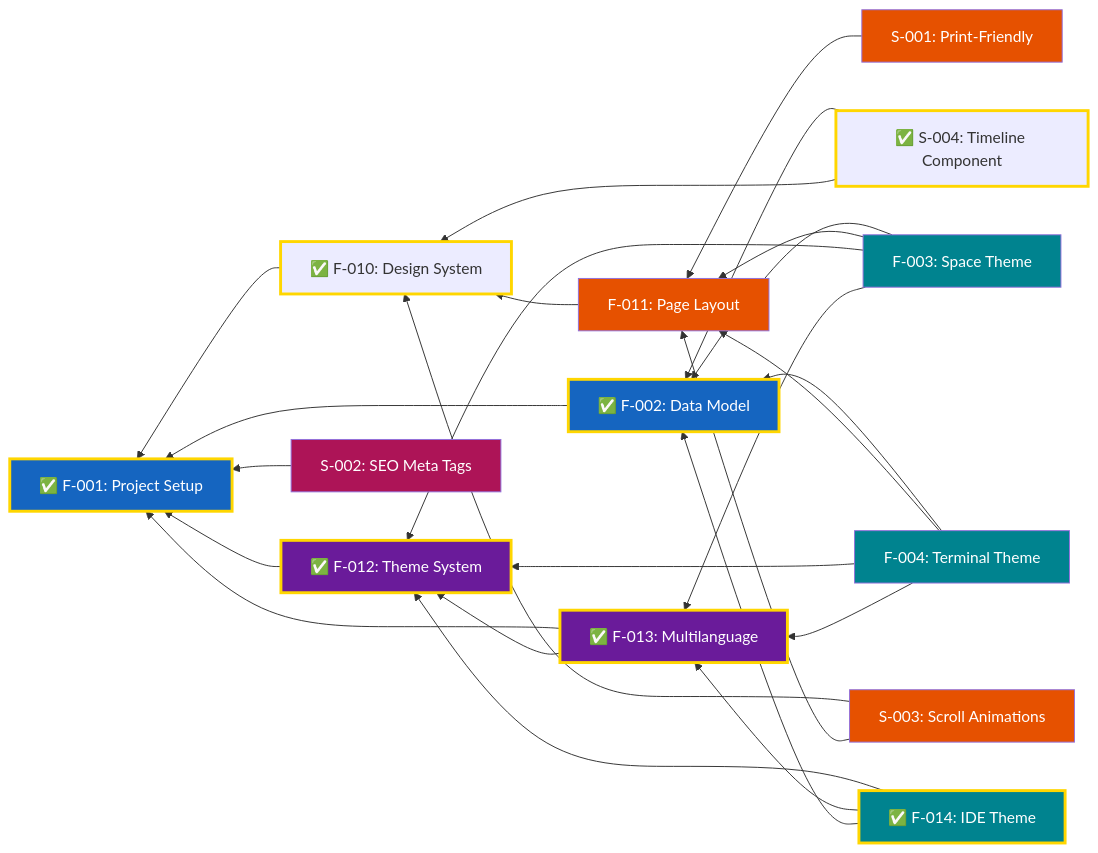
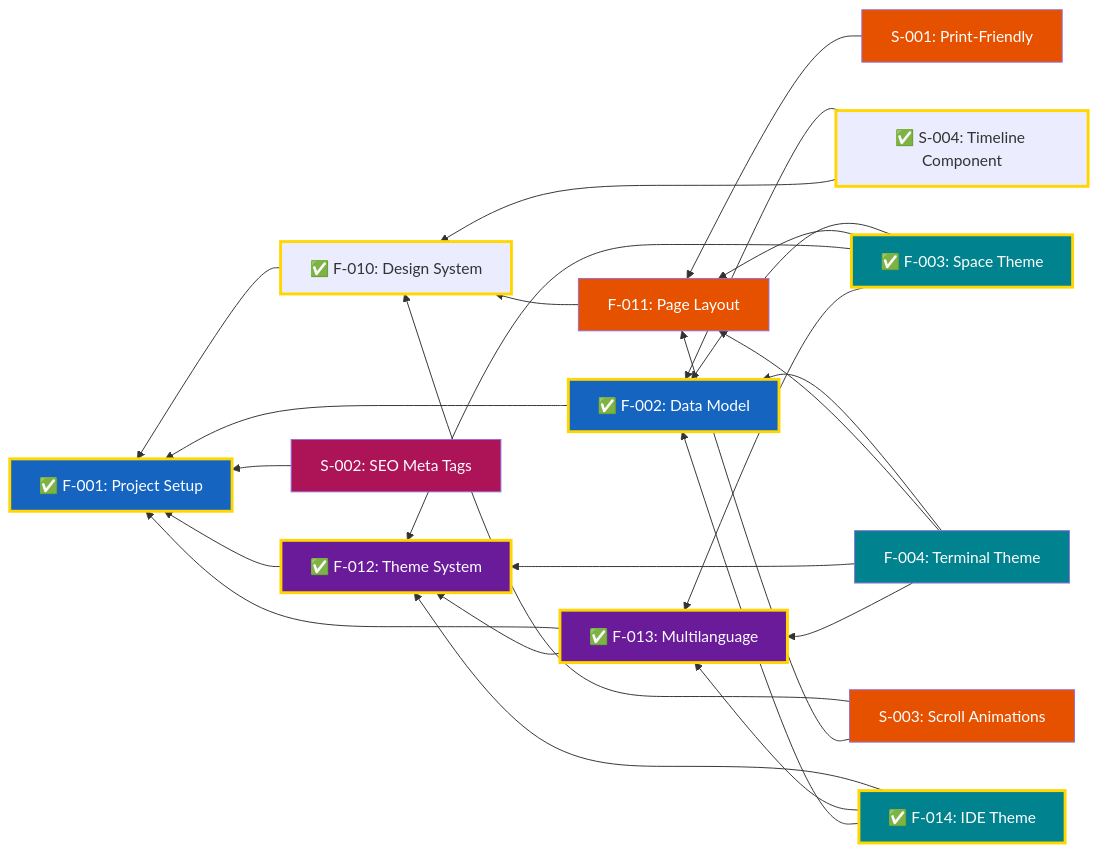
The diagram in docs/Features.md (garcipat/cv-website), drawn with Mermaid before and after one commit. The commit also changed other lines of this file and 18 other files, not shown here.

First line of the commit message:
feat(F-003): implement space theme circle parade

````diff
--- a/docs/Features.md
+++ b/docs/Features.md
@@ -66,60 +66,61 @@
 ```mermaid
 graph RL
     F001["✅ F-001: Project Setup"]
     F002["✅ F-002: Data Model"]
-    F003["F-003: Space Theme"]
+    F003["✅ F-003: Space Theme"]
     F004["F-004: Terminal Theme"]
     F010["✅ F-010: Design System"]
     F011["F-011: Page Layout"]
     F012["✅ F-012: Theme System"]
     F013["✅ F-013: Multilanguage"]
     F014["✅ F-014: IDE Theme"]
     S001["S-001: Print-Friendly"]
     S002["S-002: SEO Meta Tags"]
     S003["S-003: Scroll Animations"]
     S004["✅ S-004: Timeline Component"]
 
     F003 --> F002
     F003 --> F011
     F003 --> F012
     F003 --> F013
     F004 --> F002
     F004 --> F011
     F004 --> F012
     F004 --> F013
     F002 --> F001
     F010 --> F001
     F011 --> F010
     F012 --> F001
     F013 --> F001
     F013 --> F012
     F014 --> F012
     F014 --> F013
     F014 --> F002
     S001 --> F011
     S002 --> F001
     S003 --> F010
     S003 --> F011
     S004 --> F002
     S004 --> F010
 
     classDef done stroke:#FFD600,stroke-width:3px
     classDef projectSetup fill:#1565C0,color:#ffffff
     classDef layoutNavigation fill:#E65100,color:#ffffff
     classDef themeInfrastructure fill:#6A1B9A,color:#ffffff
     classDef themes fill:#00838F,color:#ffffff
     classDef enhancements fill:#AD1457,color:#ffffff
 
     class F001 done
     class F002 done
     class F001,F002 projectSetup
     class F010 done
     class F012 done
     class F013 done
+    class F003 done
     class F003,F004,F014 themes
     class F011,S001,S003 layoutNavigation
     class F012,F013 themeInfrastructure
     class F014 done
     class S004 done
     class S002 enhancements
 ```
````
